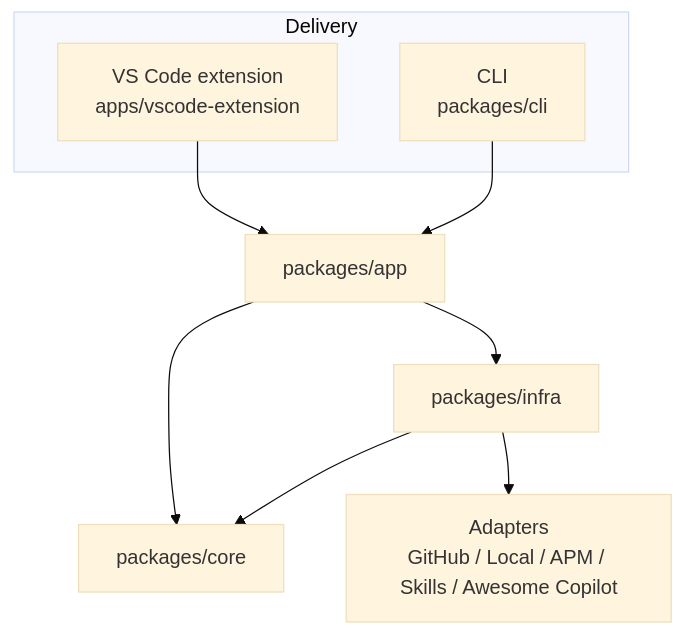
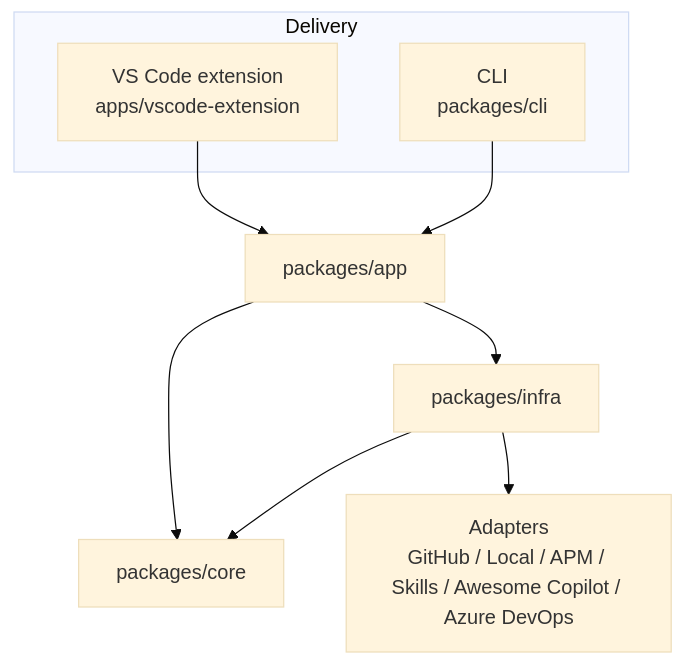
Before and after one commit to gabrielmoreira/agent-skills-mirror: the diagram in mirrors/repos/AmadeusITGroup@ai-primitives-hub/README.md, drawn with Mermaid (base theme). The commit also changed 1913 other files, not shown here.

````diff
--- a/mirrors/repos/AmadeusITGroup@ai-primitives-hub/README.md
+++ b/mirrors/repos/AmadeusITGroup@ai-primitives-hub/README.md
@@ -61,13 +61,13 @@
 ```mermaid
 flowchart TD
     subgraph "Delivery"
         VSC[VS Code extension<br/>apps/vscode-extension]
         CLI[CLI<br/>packages/cli]
     end
     VSC --> APP[packages/app]
     CLI --> APP
     APP --> CORE[packages/core]
     APP --> INF[packages/infra]
     INF --> CORE
-    INF --> AD[Adapters<br/>GitHub / Local / APM / Skills / Awesome Copilot]
+    INF --> AD[Adapters<br/>GitHub / Local / APM / Skills / Awesome Copilot / Azure DevOps]
 ```
````
